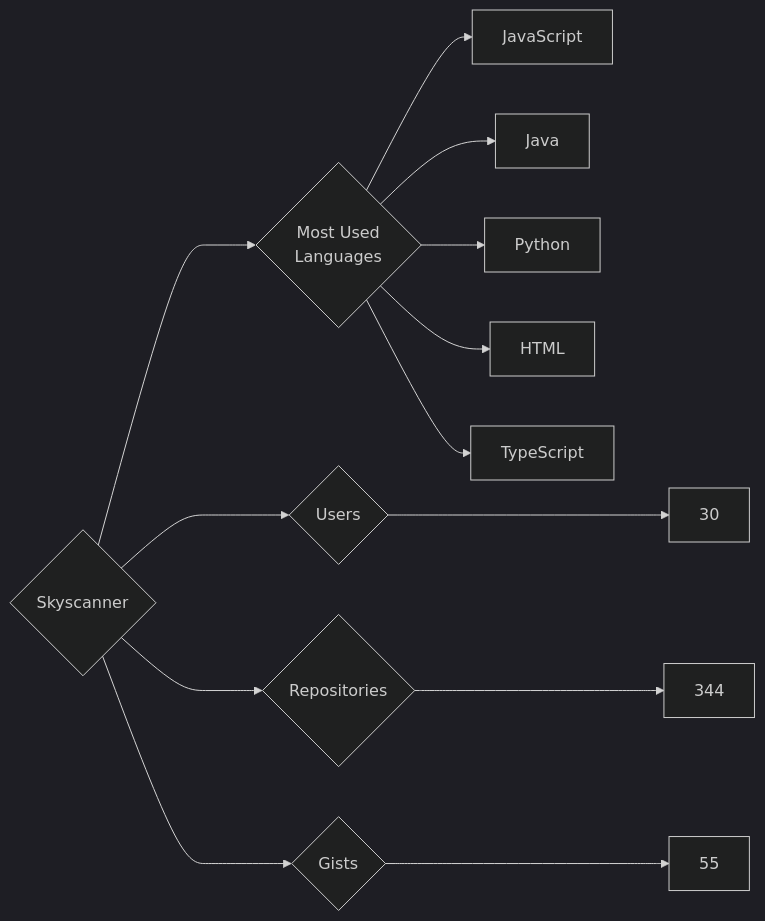
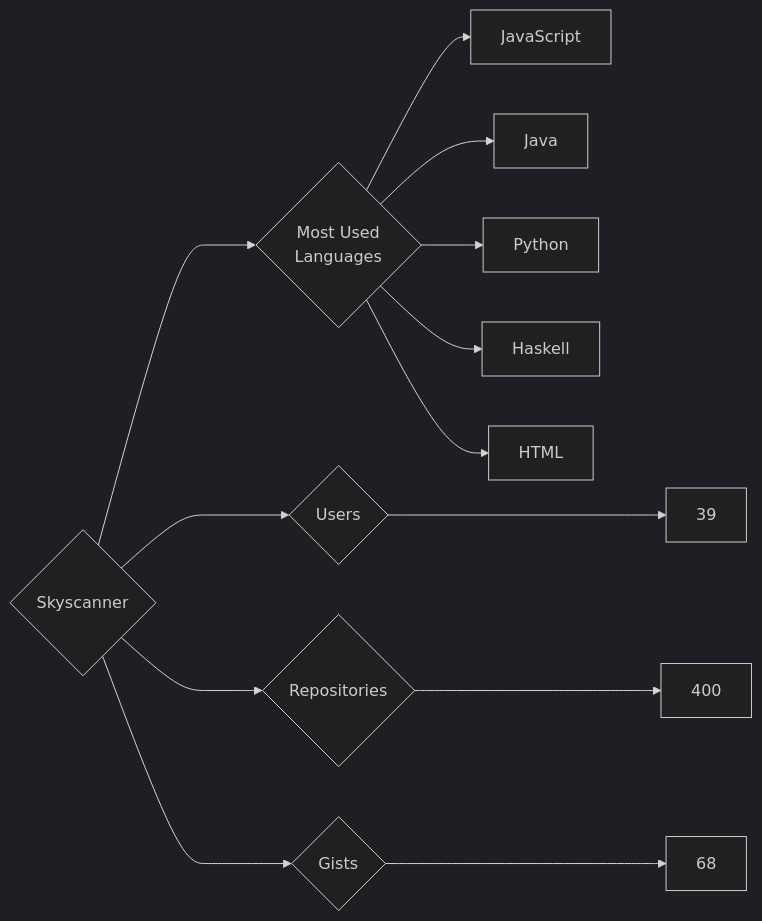
Before and after one commit to trickest/insiders: the diagram in targets/Skyscanner/README.md, drawn with Mermaid (dark theme). The commit also changed 728 other files, not shown here.

````diff
--- a/targets/Skyscanner/README.md
+++ b/targets/Skyscanner/README.md
@@ -3,13 +3,13 @@
 ```mermaid
 graph LR
 COMPANY_NAME{Skyscanner}
-COMPANY_NAME ---> U{Users} ---> UN[30]
-COMPANY_NAME ---> R{Repositories} ---> RN[344]
-COMPANY_NAME ---> G{Gists} ---> GN[55]
+COMPANY_NAME ---> U{Users} ---> UN[39]
+COMPANY_NAME ---> R{Repositories} ---> RN[400]
+COMPANY_NAME ---> G{Gists} ---> GN[68]
 COMPANY_NAME ---> ML{Most Used<br>Languages}
 ML --> JavaScript[JavaScript]
 ML --> Java[Java]
 ML --> Python[Python]
+ML --> Haskell[Haskell]
 ML --> HTML[HTML]
-ML --> TypeScript[TypeScript]
 ```
````
